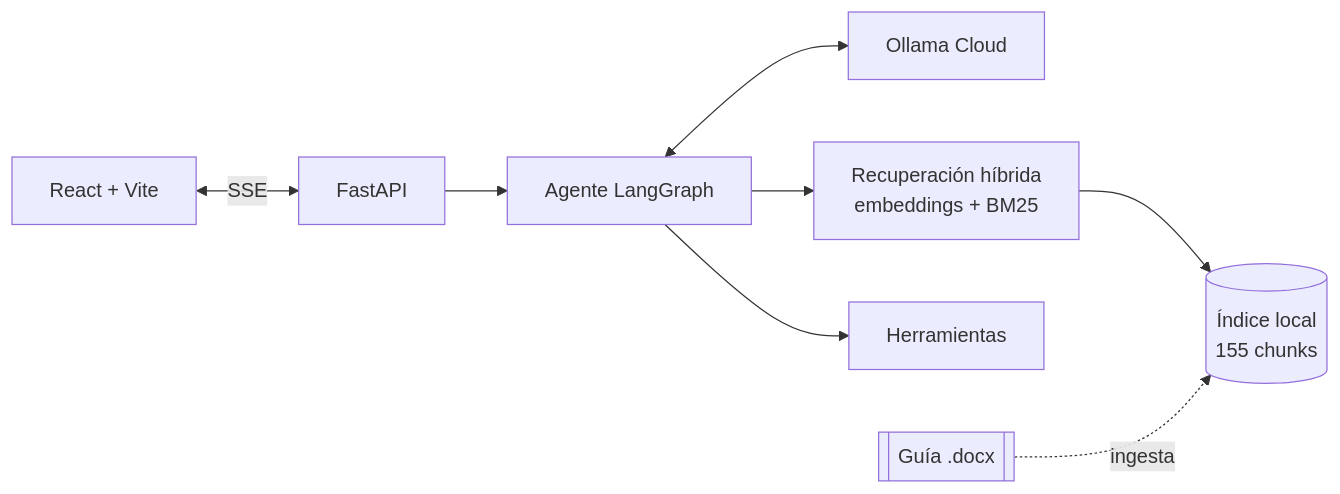
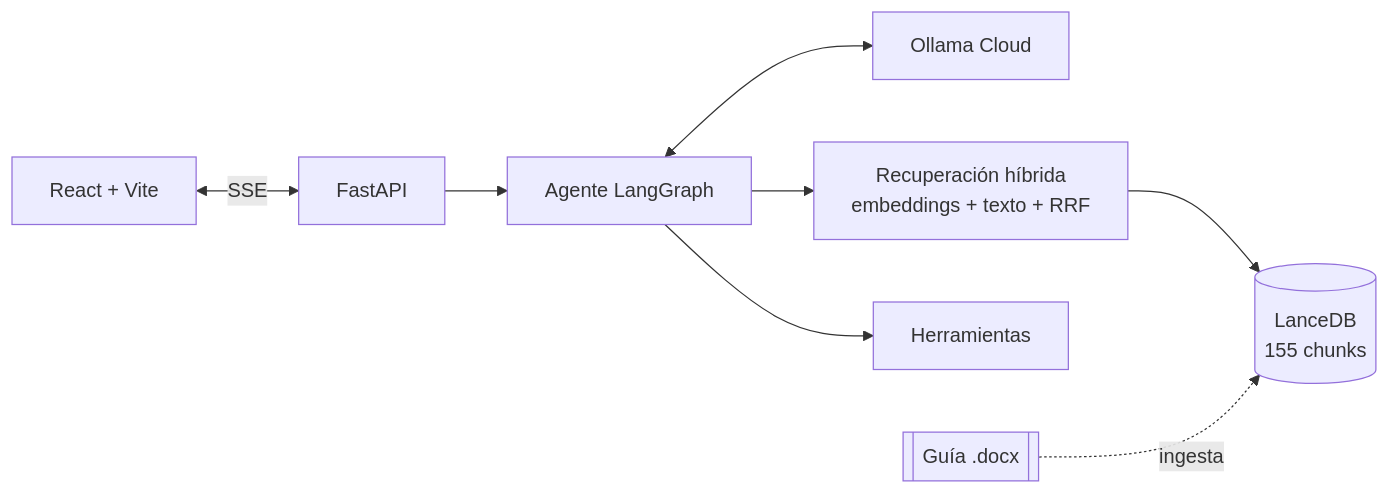
One commit to NebyX1/invest-lavalleja-rag-chat changed the diagram in README.md. Above: the diagram before and after it, drawn with Mermaid. The commit also changed other lines of this file and 11 other files, not shown here.

````diff
--- a/README.md
+++ b/README.md
@@ -14,10 +14,10 @@
 ```mermaid
 flowchart LR
     U[React + Vite] <-->|SSE| API[FastAPI]
     API --> AG[Agente LangGraph]
     AG <--> LLM[Ollama Cloud]
-    AG --> RT[Recuperación híbrida<br/>embeddings + BM25]
+    AG --> RT[Recuperación híbrida<br/>embeddings + texto + RRF]
     AG --> TL[Herramientas]
-    RT --> IDX[(Índice local<br/>155 chunks)]
+    RT --> IDX[(LanceDB<br/>155 chunks)]
     DOC[[Guía .docx]] -. ingesta .-> IDX
 ```
````
